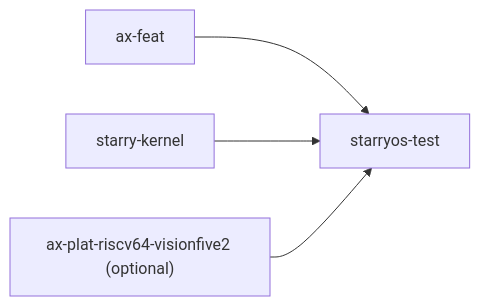
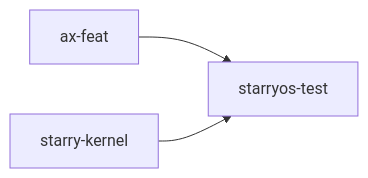
Before and after one commit to rcore-os/tgoskits: the second of 2 diagrams in docs/docs/components/crates/starryos-test.md, drawn with Mermaid. The commit also changed other lines of this file and 29 other files, not shown here.

````diff
--- a/docs/docs/components/crates/starryos-test.md
+++ b/docs/docs/components/crates/starryos-test.md
@@ -104,6 +104,5 @@
 ```mermaid
 graph LR
     ax-feat["ax-feat"] --> test["starryos-test"]
     kernel["starry-kernel"] --> test
-    vf2["ax-plat-riscv64-visionfive2 (optional)"] --> test
 ```
````
